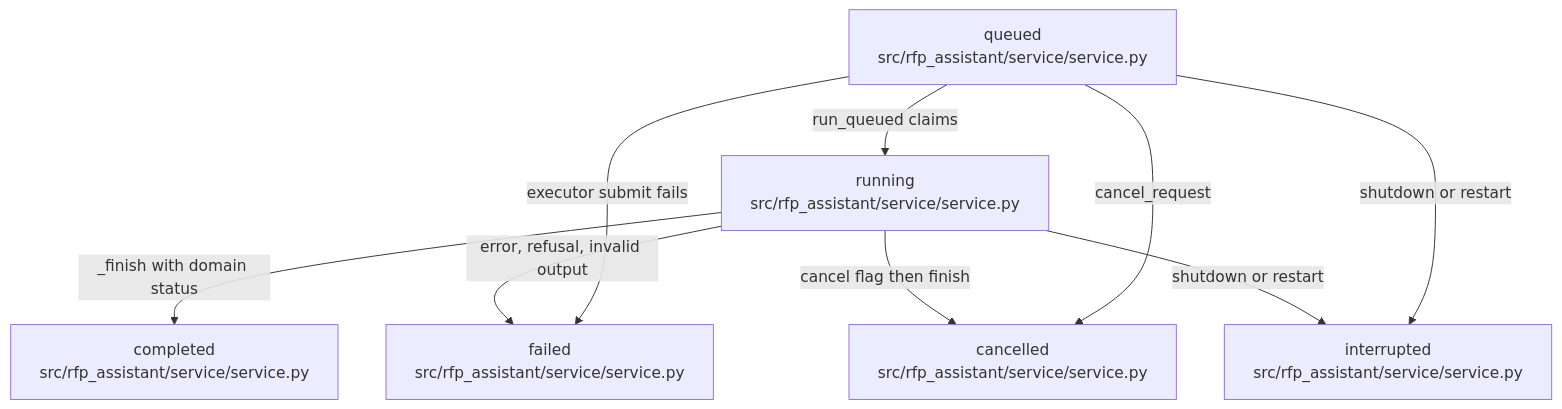
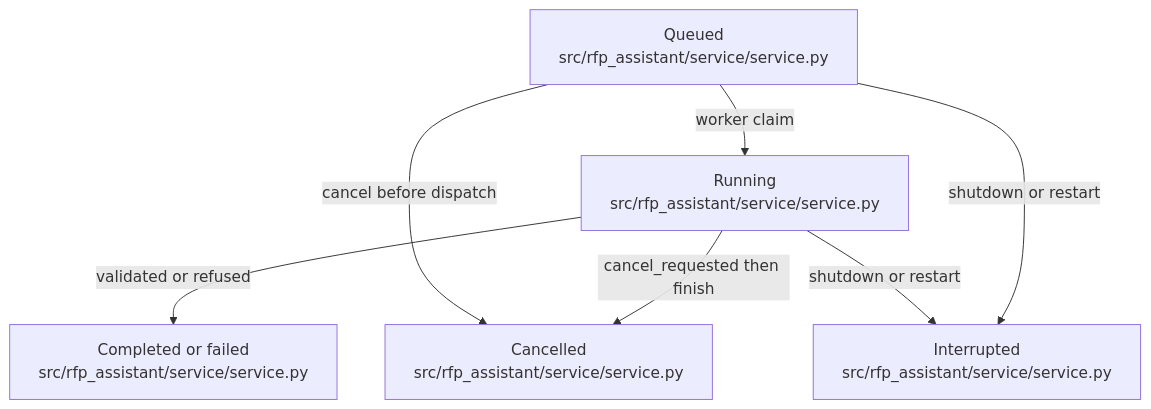
The diagram in .omm/state-transitions/request-states/diagram.mmd (littleeeeebit/project-codeit-mid), drawn with Mermaid before and after one commit. The commit also changed 346 other files, not shown here.

Commit message:
Refresh wiki and architecture before merge

```diff
--- a/.omm/state-transitions/request-states/diagram.mmd
+++ b/.omm/state-transitions/request-states/diagram.mmd
@@ -1,15 +1,7 @@
 graph TD
-  queued["queued\nsrc/rfp_assistant/service/service.py"]
-  running["running\nsrc/rfp_assistant/service/service.py"]
-  completed["completed\nsrc/rfp_assistant/service/service.py"]
-  failed["failed\nsrc/rfp_assistant/service/service.py"]
-  cancelled["cancelled\nsrc/rfp_assistant/service/service.py"]
-  interrupted["interrupted\nsrc/rfp_assistant/service/service.py"]
-  queued -->|run_queued claims| running
-  queued -->|cancel_request| cancelled
-  queued -->|executor submit fails| failed
-  queued -->|shutdown or restart| interrupted
-  running -->|_finish with domain status| completed
-  running -->|error, refusal, invalid output| failed
-  running -->|cancel flag then finish| cancelled
-  running -->|shutdown or restart| interrupted
+  queued["Queued\nsrc/rfp_assistant/service/service.py"] -->|"worker claim"| running["Running\nsrc/rfp_assistant/service/service.py"]
+  queued -->|"cancel before dispatch"| cancelled["Cancelled\nsrc/rfp_assistant/service/service.py"]
+  running -->|"validated or refused"| completed["Completed or failed\nsrc/rfp_assistant/service/service.py"]
+  running -->|"cancel_requested then finish"| cancelled
+  running -->|"shutdown or restart"| interrupted["Interrupted\nsrc/rfp_assistant/service/service.py"]
+  queued -->|"shutdown or restart"| interrupted
```
